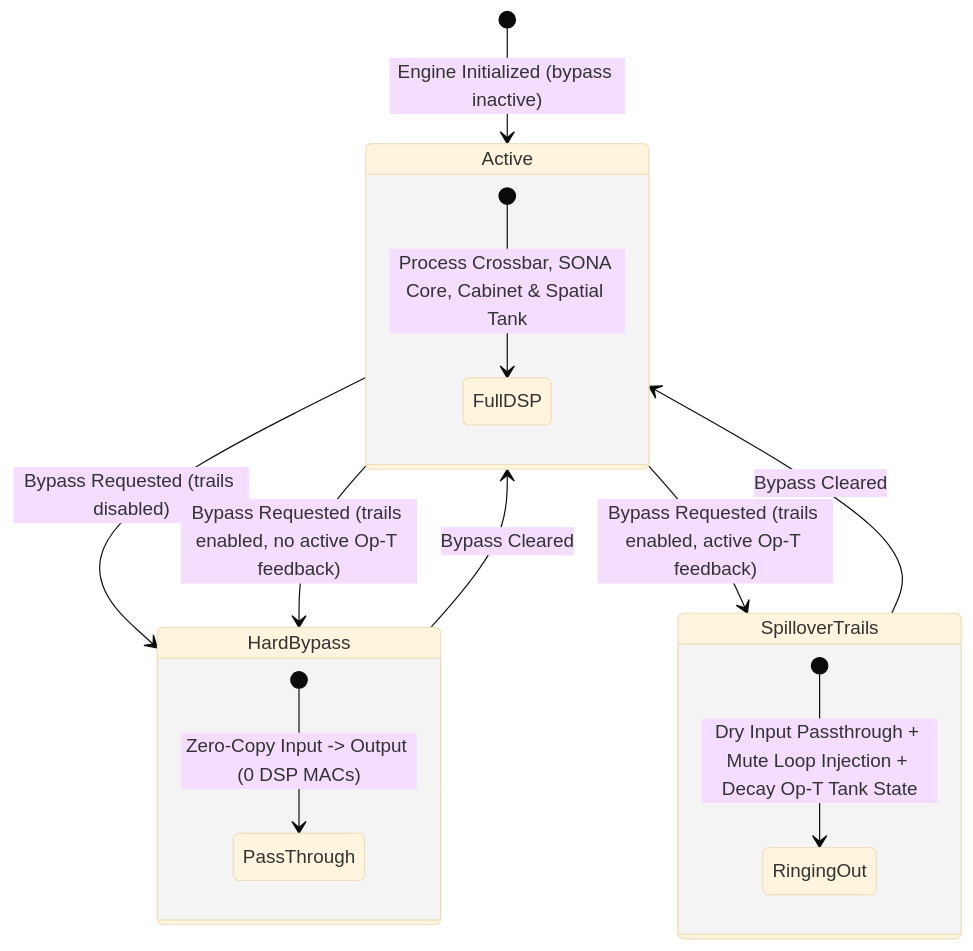
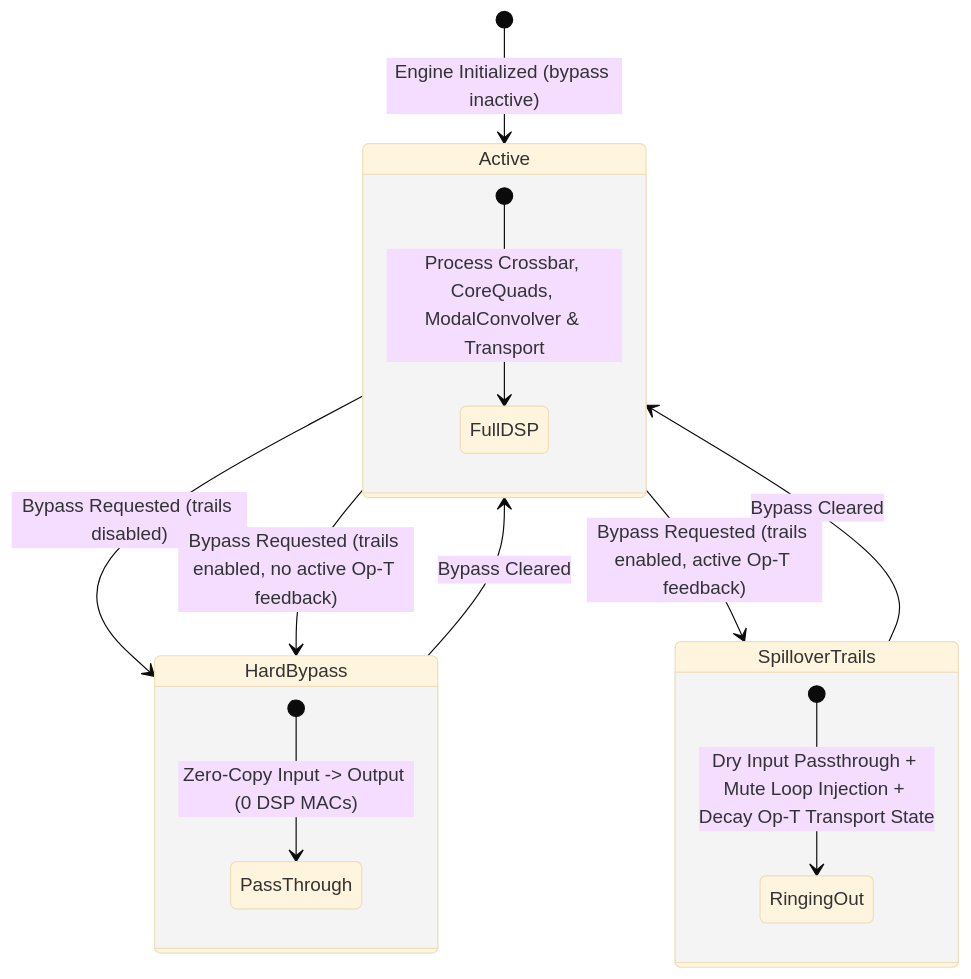
Before and after one commit to mokugen/dnam: the sixth of 7 diagrams in docs/specs/architecture/sona_architecture.md, drawn with Mermaid (base theme). The commit also changed other lines of this file and 26 other files, not shown here.

````diff
--- a/docs/specs/architecture/sona_architecture.md
+++ b/docs/specs/architecture/sona_architecture.md
@@ -592,20 +609,20 @@
 ```mermaid
 stateDiagram-v2
     [*] --> Active: Engine Initialized (bypass inactive)
     Active --> HardBypass: Bypass Requested (trails disabled)
     Active --> SpilloverTrails: Bypass Requested (trails enabled, active Op-T feedback)
     Active --> HardBypass: Bypass Requested (trails enabled, no active Op-T feedback)
 
     SpilloverTrails --> Active: Bypass Cleared
     HardBypass --> Active: Bypass Cleared
 
     state Active {
-        [*] --> FullDSP: Process Crossbar, SONA Core, Cabinet & Spatial Tank
+        [*] --> FullDSP: Process Crossbar, CoreQuads, ModalConvolver & Transport
     }
     state SpilloverTrails {
-        [*] --> RingingOut: Dry Input Passthrough + Mute Loop Injection + Decay Op-T Tank State
+        [*] --> RingingOut: Dry Input Passthrough + Mute Loop Injection + Decay Op-T Transport State
     }
     state HardBypass {
         [*] --> PassThrough: Zero-Copy Input -> Output (0 DSP MACs)
     }
 ```
````
